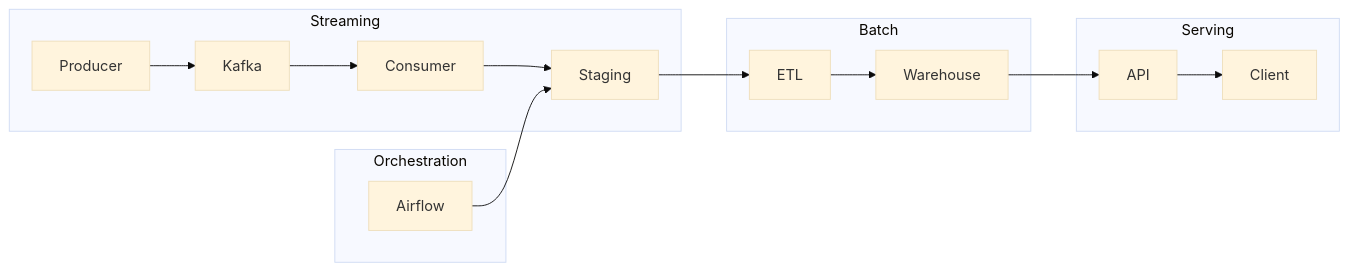
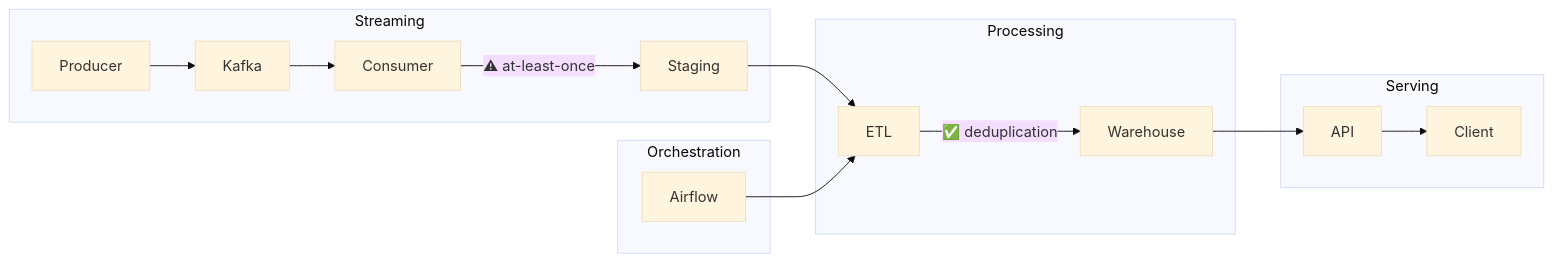
The diagram in README.md (Chu-Thana/vendor-payments-streaming-pipeline), drawn with Mermaid (base theme) before and after one commit. The commit also changed other lines of this file, not shown here.

First line of the commit message:
docs: finalize README with production-style streaming architecture and reliability design

````diff
--- a/README.md
+++ b/README.md
@@ -24,19 +24,28 @@
 ```mermaid
 flowchart LR
 
+%% ===== Streaming Layer =====
 subgraph Streaming
-    Producer --> Kafka --> Consumer --> Staging
+    Producer --> Kafka --> Consumer
+    Consumer -->|⚠ at-least-once| Staging
 end
 
+%% ===== Orchestration =====
 subgraph Orchestration
-    Airflow --> Staging
+    Airflow
 end
 
-subgraph Batch
-    Staging --> ETL --> Warehouse
+%% ===== Batch / Processing =====
+subgraph Processing
+    Staging --> ETL
+    ETL -->|✅ deduplication| Warehouse
 end
 
+%% ===== Serving =====
 subgraph Serving
     Warehouse --> API --> Client
 end
+
+%% ===== Connections =====
+Airflow --> ETL
 ```
````
